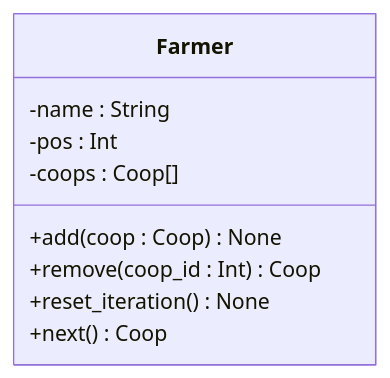
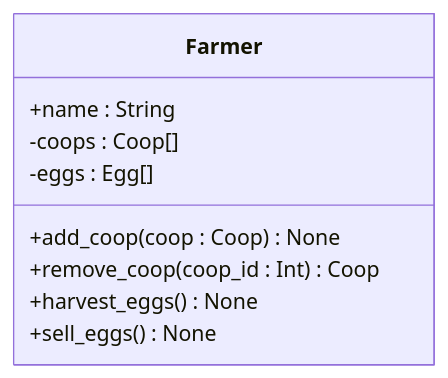
Before and after one commit to aehng/Lecture-Notes: the fourth of 17 diagrams in Module3/UML.md, drawn with Mermaid. The commit also changed other lines of this file and 3 other files, not shown here.

Commit message:
Fix mistakes in UML diagrams. Let the bug hunt begin!

````diff
--- a/Module3/UML.md
+++ b/Module3/UML.md
@@ -175,13 +254,12 @@
 ```mermaid
 classDiagram
-direction LR
 class Farmer {
-    -name : String
-    -pos : Int
+    +name : String
     -coops : Coop[]
-    +add(coop : Coop) None
-    +remove(coop_id : Int) Coop
-    +reset_iteration() None
-    +next() Coop
+    -eggs : Egg[]
+    +add_coop(coop : Coop) None
+    +remove_coop(coop_id : Int) Coop
+    +harvest_eggs() None
+    +sell_eggs() None
 }
 ```
````
